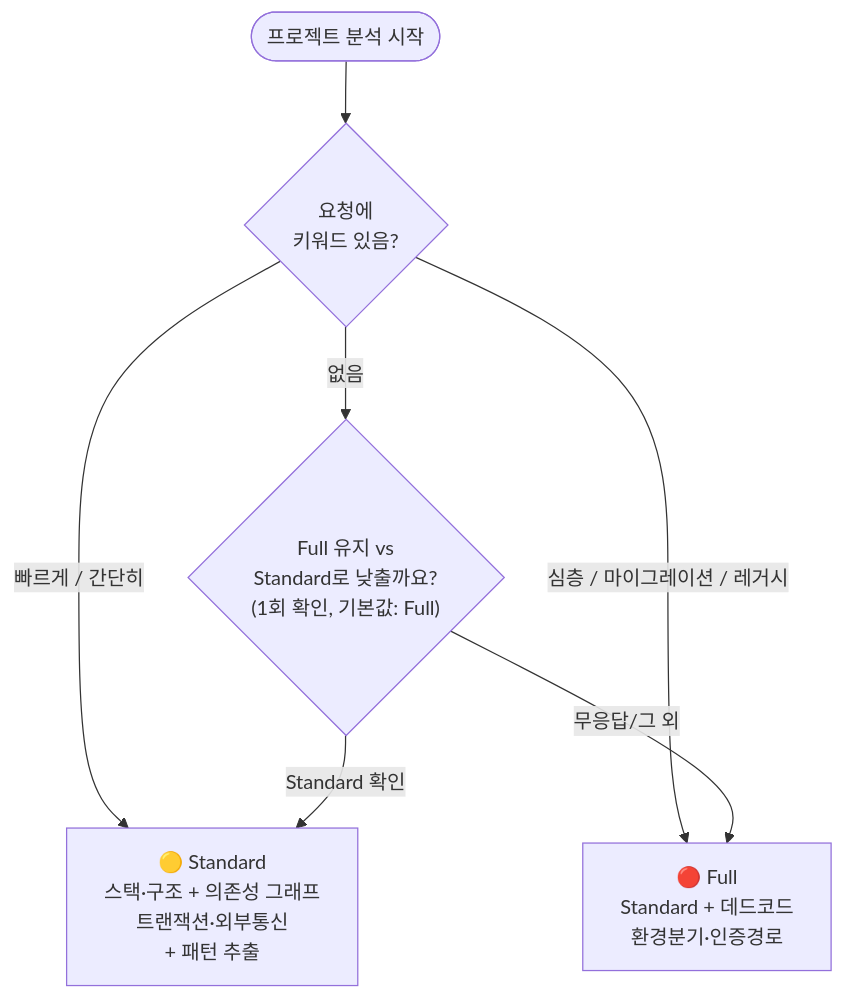
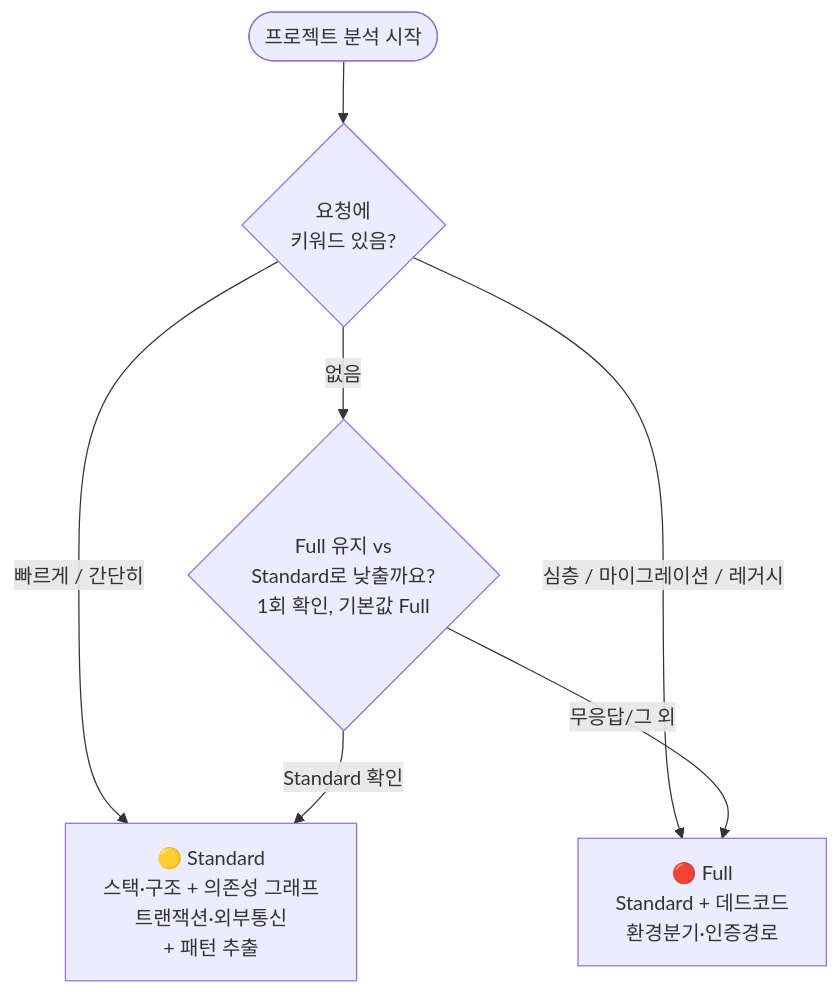
The second of 3 diagrams in README.md (Malburi/AX-NAVI), drawn with Mermaid before and after one commit. The commit also changed other lines of this file and 1 other file, not shown here.

````diff
--- a/README.md
+++ b/README.md
@@ -153,14 +179,14 @@
 ```mermaid
 flowchart TD
-    Start([프로젝트 분석 시작]) --> KW{요청에\n키워드 있음?}
+    Start(["프로젝트 분석 시작"]) --> KW{"요청에<br/>키워드 있음?"}
 
     KW -->|"빠르게 / 간단히"| Standard
     KW -->|"심층 / 마이그레이션 / 레거시"| Full
-    KW -->|없음| Ask{"Full 유지 vs\nStandard로 낮출까요?\n(1회 확인, 기본값: Full)"}
+    KW -->|없음| Ask{"Full 유지 vs<br/>Standard로 낮출까요?<br/>1회 확인, 기본값 Full"}
 
     Ask -->|"Standard 확인"| Standard
     Ask -->|무응답/그 외| Full
 
-    Standard["🟡 Standard\n스택·구조 + 의존성 그래프\n트랜잭션·외부통신\n+ 패턴 추출"]
-    Full["🔴 Full\nStandard + 데드코드\n환경분기·인증경로"]
+    Standard["🟡 Standard<br/>스택·구조 + 의존성 그래프<br/>트랜잭션·외부통신<br/>+ 패턴 추출"]
+    Full["🔴 Full<br/>Standard + 데드코드<br/>환경분기·인증경로"]
 ```
````
